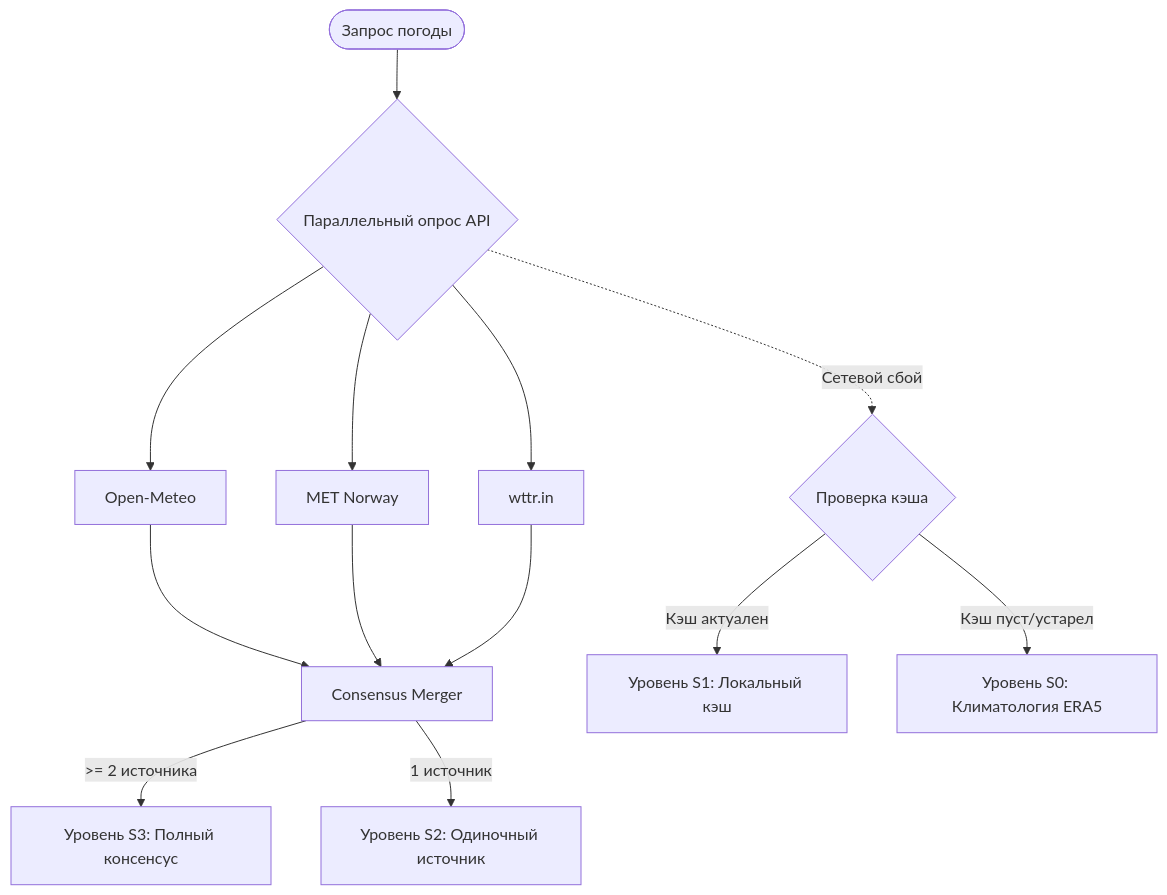
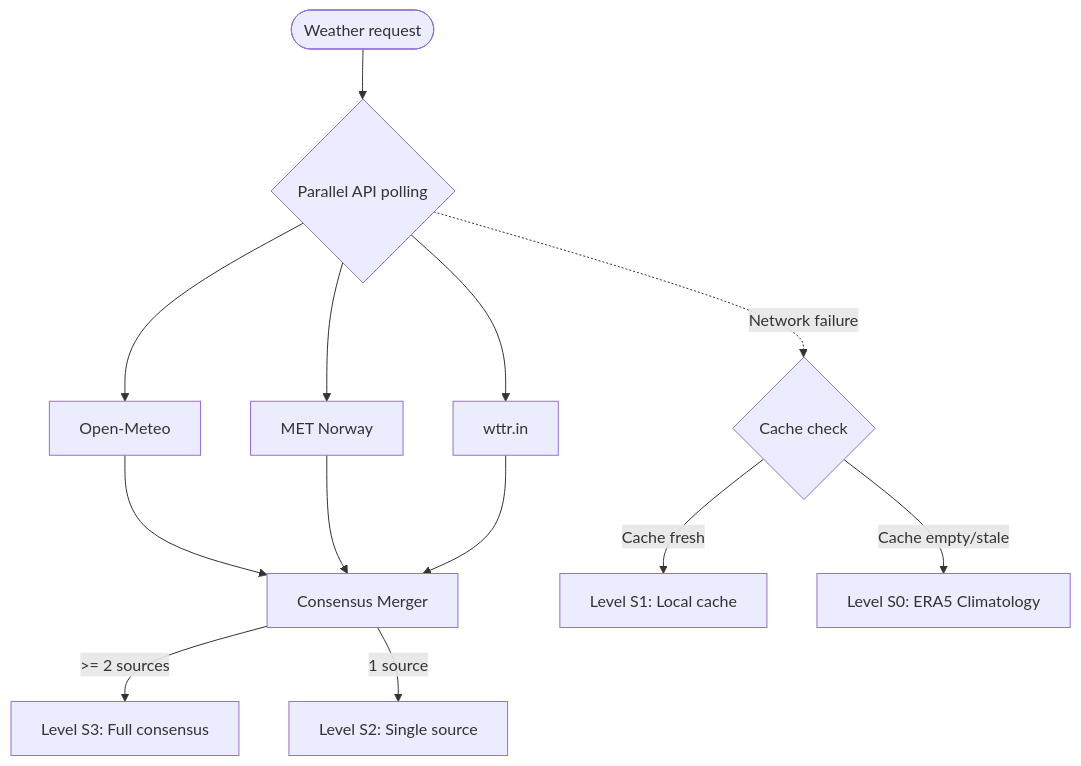
The second of 2 diagrams in docs/architecture.md (aimakosi/info-weather), drawn with Mermaid before and after one commit. The commit also changed other lines of this file and 3 other files, not shown here.

````diff
--- a/docs/architecture.md
+++ b/docs/architecture.md
@@ -52,15 +52,15 @@
 ```mermaid
 flowchart TD
-    Req([Запрос погоды]) --> P{Параллельный опрос API}
+    Req([Weather request]) --> P{Parallel API polling}
     P --> OM[Open-Meteo]
     P --> YR[MET Norway]
     P --> WT[wttr.in]
-    
+
     OM & YR & WT --> Merge[Consensus Merger]
-    Merge -->|>= 2 источника| S3[Уровень S3: Полный консенсус]
-    Merge -->|1 источник| S2[Уровень S2: Одиночный источник]
-    
-    P -.->|Сетевой сбой| CacheCheck{Проверка кэша}
-    CacheCheck -->|Кэш актуален| S1[Уровень S1: Локальный кэш]
-    CacheCheck -->|Кэш пуст/устарел| S0[Уровень S0: Климатология ERA5]
+    Merge -->|>= 2 sources| S3[Level S3: Full consensus]
+    Merge -->|1 source| S2[Level S2: Single source]
+
+    P -.->|Network failure| CacheCheck{Cache check}
+    CacheCheck -->|Cache fresh| S1[Level S1: Local cache]
+    CacheCheck -->|Cache empty/stale| S0[Level S0: ERA5 Climatology]
 ```
````
